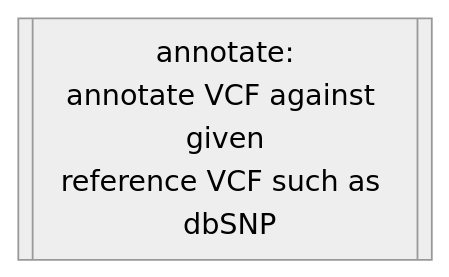
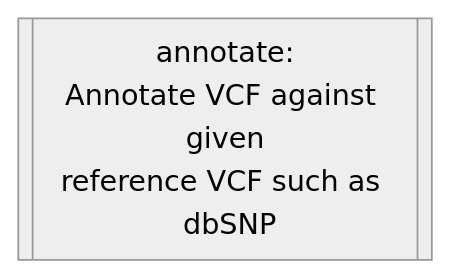
The sixth of 26 diagrams in docs/02-workflow/02-analysis.md (Tuks-ICMM/Pharmacogenetic-Analysis-Pipeline), drawn with Mermaid (neutral theme) before and after one commit. The commit also changed other lines of this file, not shown here.

````diff
--- a/docs/02-workflow/02-analysis.md
+++ b/docs/02-workflow/02-analysis.md
@@ -261,4 +262,4 @@
   ```mermaid
   flowchart TD
-  annotate[[annotate:\nannotate VCF against given\nreference VCF such as \n dbSNP]]
+  annotateKnown[[annotate:\nAnnotate VCF against given\nreference VCF such as \n dbSNP]]
   ```
````
